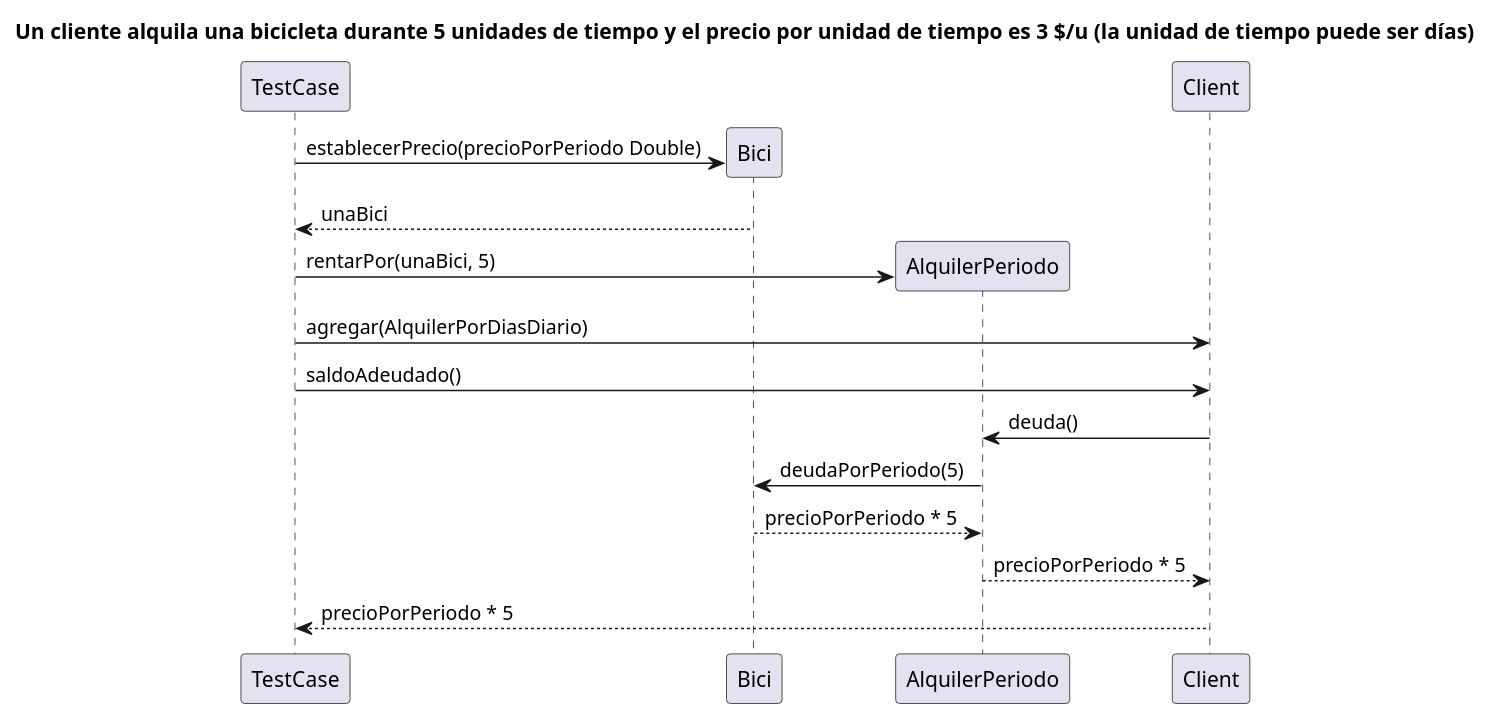
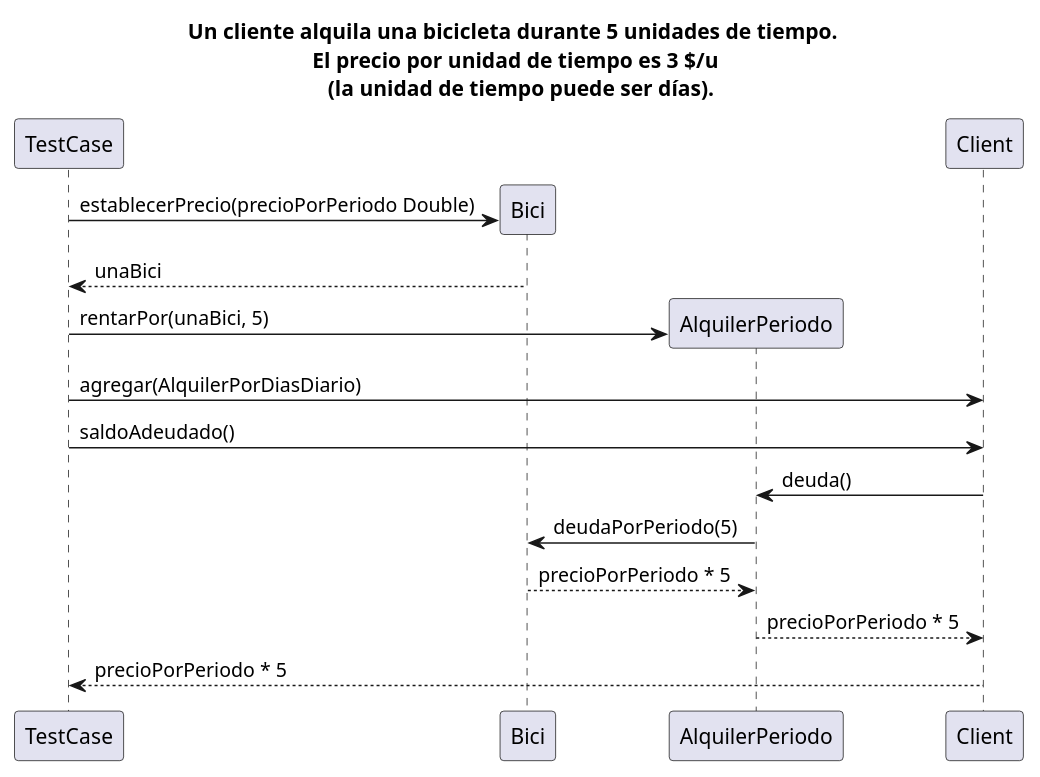
Before and after one commit to fiuba/algo3_simulacro_tn_alquiler_bici: the diagram in media/diagrams/ds_alquiler_por_dias.plantuml, drawn with PlantUML.

Commit message:
DS actualizado

```diff
--- a/media/diagrams/ds_alquiler_por_dias.plantuml
+++ b/media/diagrams/ds_alquiler_por_dias.plantuml
@@ -1,23 +1,23 @@
 @startuml
 
-title: Un cliente alquila una bicicleta durante 5 unidades de tiempo y el precio por unidad de tiempo es 3 $/u (la unidad de tiempo puede ser días)
+title: Un cliente alquila una bicicleta durante 5 unidades de tiempo.  \nEl precio por unidad de tiempo es 3 $/u \n (la unidad de tiempo puede ser días).
 
 TestCase -> Bici ** : establecerPrecio(precioPorPeriodo Double)
 return unaBici
 TestCase -> AlquilerPeriodo ** : rentarPor(unaBici, 5)
 
 TestCase -> Client: agregar(AlquilerPorDiasDiario)
 
 TestCase -> Client: saldoAdeudado()
 
 Client -> AlquilerPeriodo: deuda()
 
 AlquilerPeriodo -> Bici: deudaPorPeriodo(5)
 return precioPorPeriodo * 5
 
 AlquilerPeriodo --> Client: precioPorPeriodo * 5
 Client --> TestCase: precioPorPeriodo * 5
 
 
 
 @enduml 
```
